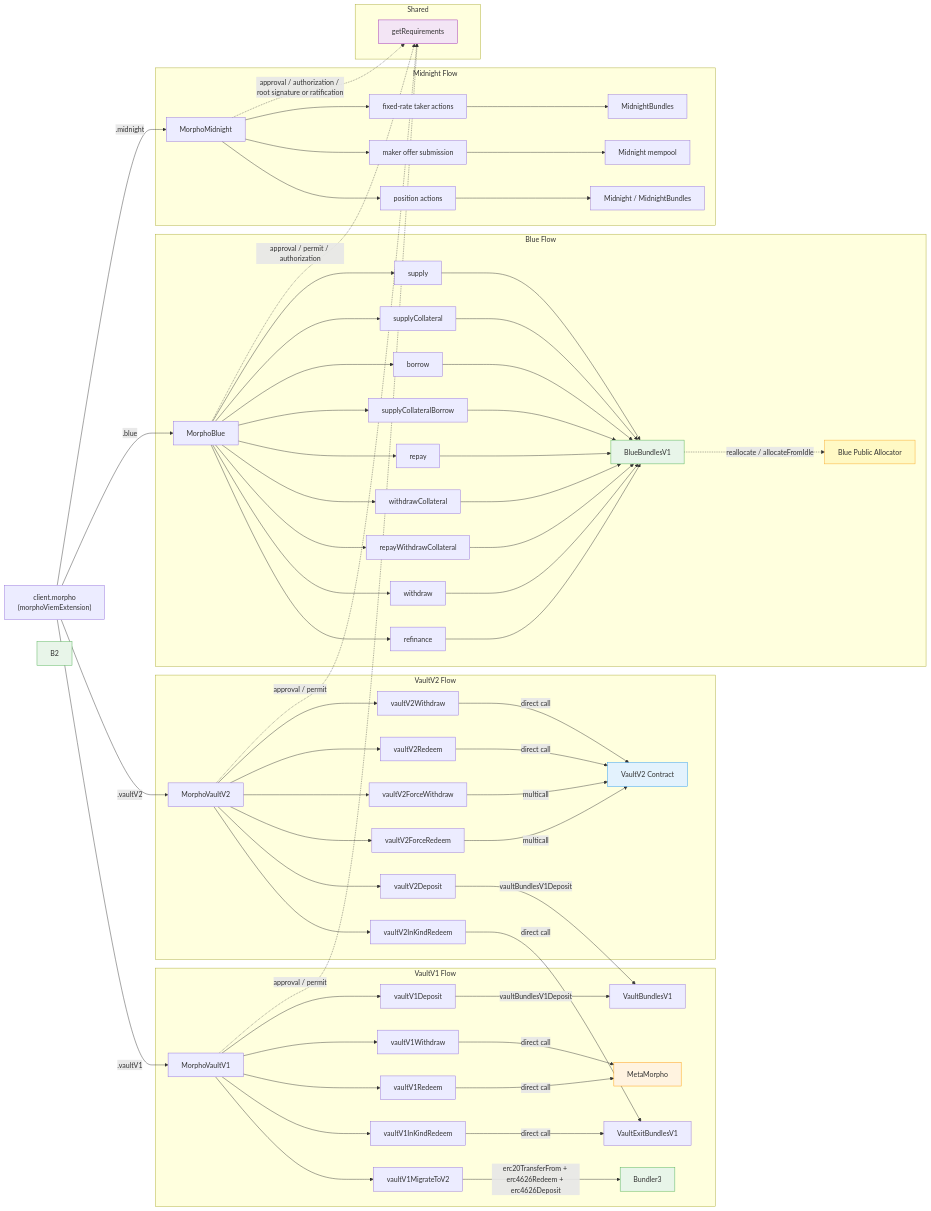
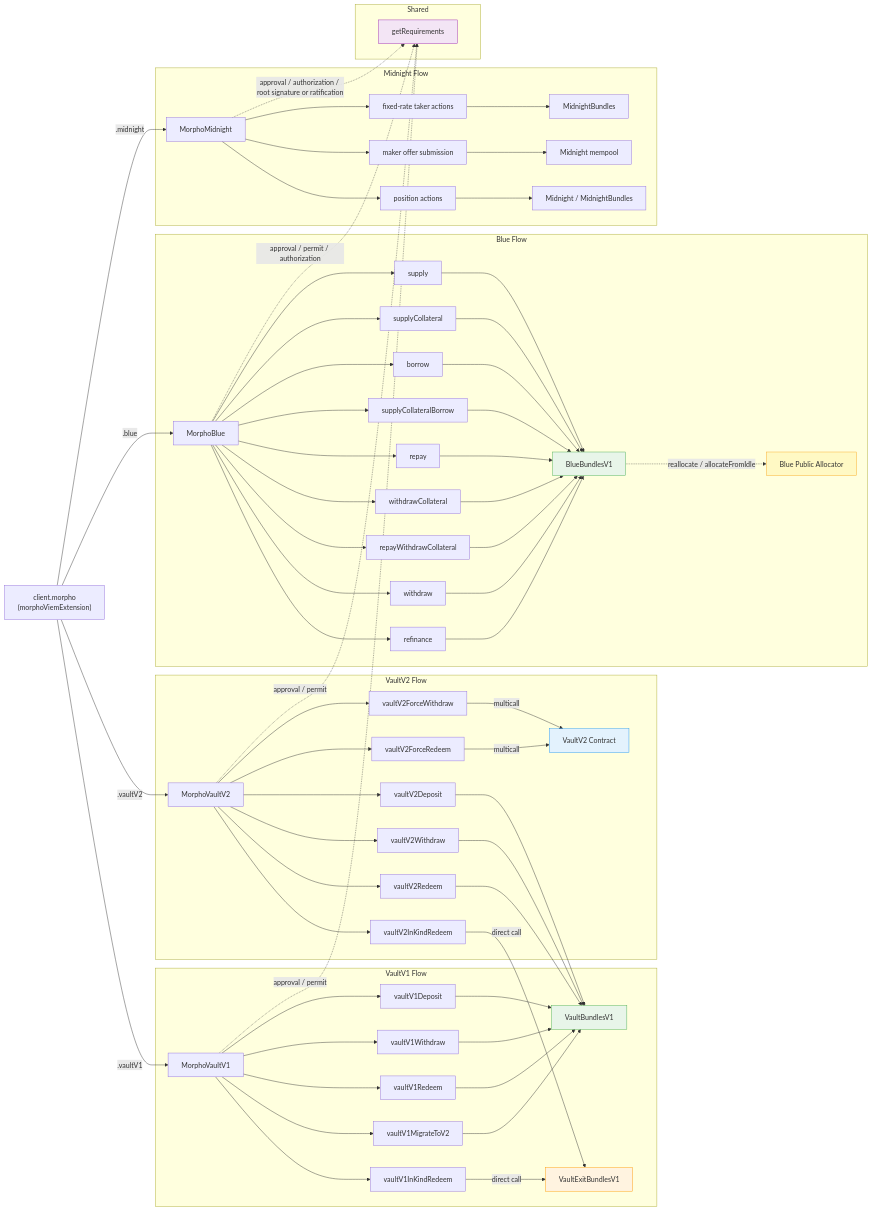
One commit to morpho-org/sdks changed the diagram in packages/morpho-sdk/README.md. Above: the diagram before and after it, drawn with Mermaid. The commit also changed other lines of this file and 27 other files, not shown here.

First line of the commit message:
feat(morpho-sdk)!: route vault redemptions through VaultBundlesV1 (#1000)

```diff
--- a/packages/morpho-sdk/README.md
+++ b/packages/morpho-sdk/README.md
@@ -270,11 +260,11 @@
         MV1 --> V1IKR[vaultV1InKindRedeem]
         MV1 --> V1M[vaultV1MigrateToV2]
 
-        V1D -->|vaultBundlesV1Deposit| VBV1[VaultBundlesV1]
-        V1W -->|direct call| MM[MetaMorpho]
-        V1R -->|direct call| MM
+        V1D --> VBV1[VaultBundlesV1]
+        V1W --> VBV1
+        V1R --> VBV1
+        V1M --> VBV1
         V1IKR -->|direct call| VEB[VaultExitBundlesV1]
-        V1M -->|erc20TransferFrom + erc4626Redeem + erc4626Deposit| B1[Bundler3]
     end
 
     subgraph VaultV2 Flow
@@ -286,11 +276,11 @@
         MV2 --> V2FW[vaultV2ForceWithdraw]
         MV2 --> V2FR[vaultV2ForceRedeem]
 
-        V2D -->|vaultBundlesV1Deposit| VBV1
-        V2W -->|direct call| V2C[VaultV2 Contract]
-        V2R -->|direct call| V2C
+        V2D --> VBV1
+        V2W --> VBV1
+        V2R --> VBV1
         V2IKR -->|direct call| VEB
-        V2FW -->|multicall| V2C
+        V2FW -->|multicall| V2C[VaultV2 Contract]
         V2FR -->|multicall| V2C
     end
 
@@ -339,10 +329,9 @@
     MM1 -.->|approval / permit / authorization| REQ
     MN1 -.->|approval / authorization / root signature or ratification| REQ
 
-    style B1 fill:#e8f5e9,stroke:#4caf50
-    style B2 fill:#e8f5e9,stroke:#4caf50
+    style VBV1 fill:#e8f5e9,stroke:#4caf50
     style BBV1 fill:#e8f5e9,stroke:#4caf50
-    style MM fill:#fff3e0,stroke:#ff9800
+    style VEB fill:#fff3e0,stroke:#ff9800
     style V2C fill:#e3f2fd,stroke:#2196f3
     style REQ fill:#f3e5f5,stroke:#9c27b0
     style BPA fill:#fff9c4,stroke:#f9a825
```
